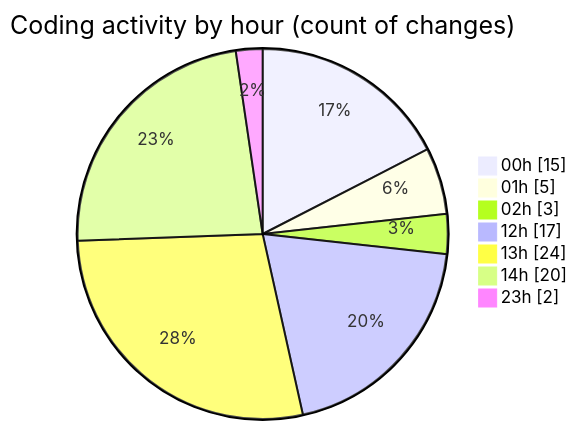
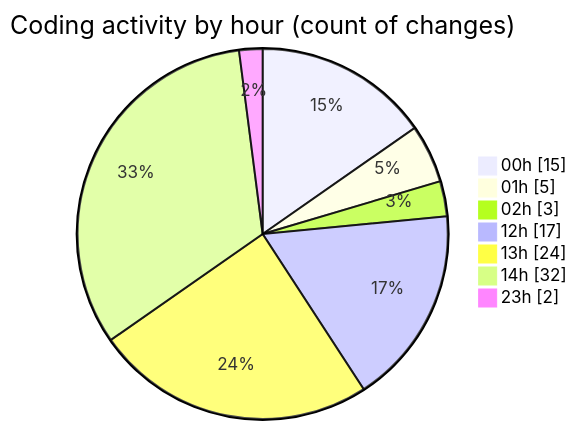
One commit to lephambinh05/code-tracking changed the second of 2 diagrams in 2025-08-13/rentotp/README.md. Above: the diagram before and after it, drawn with Mermaid. The commit also changed other lines of this file and 1 other file, not shown here.

````diff
--- a/2025-08-13/rentotp/README.md
+++ b/2025-08-13/rentotp/README.md
@@ -45,11 +46,11 @@
 ```mermaid
 pie showData
 title Coding activity by hour (count of changes)
 "00h" : 15
 "01h" : 5
 "02h" : 3
 "12h" : 17
 "13h" : 24
-"14h" : 20
+"14h" : 32
 "23h" : 2
 ```
````
